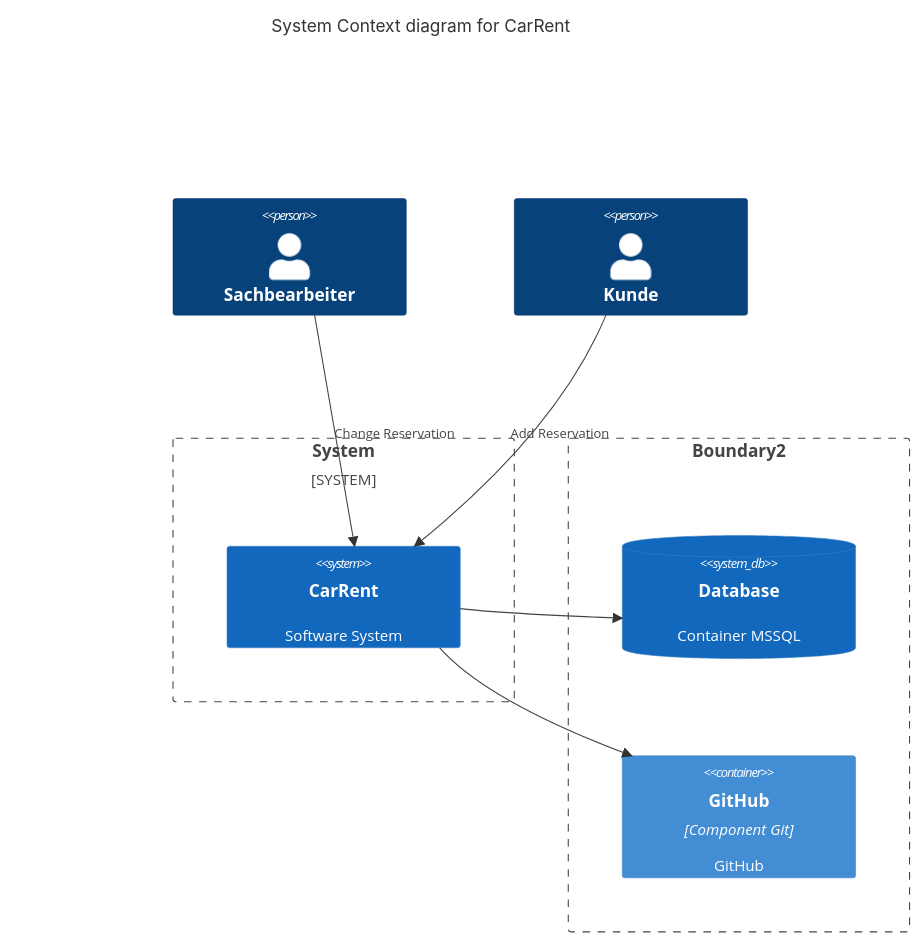
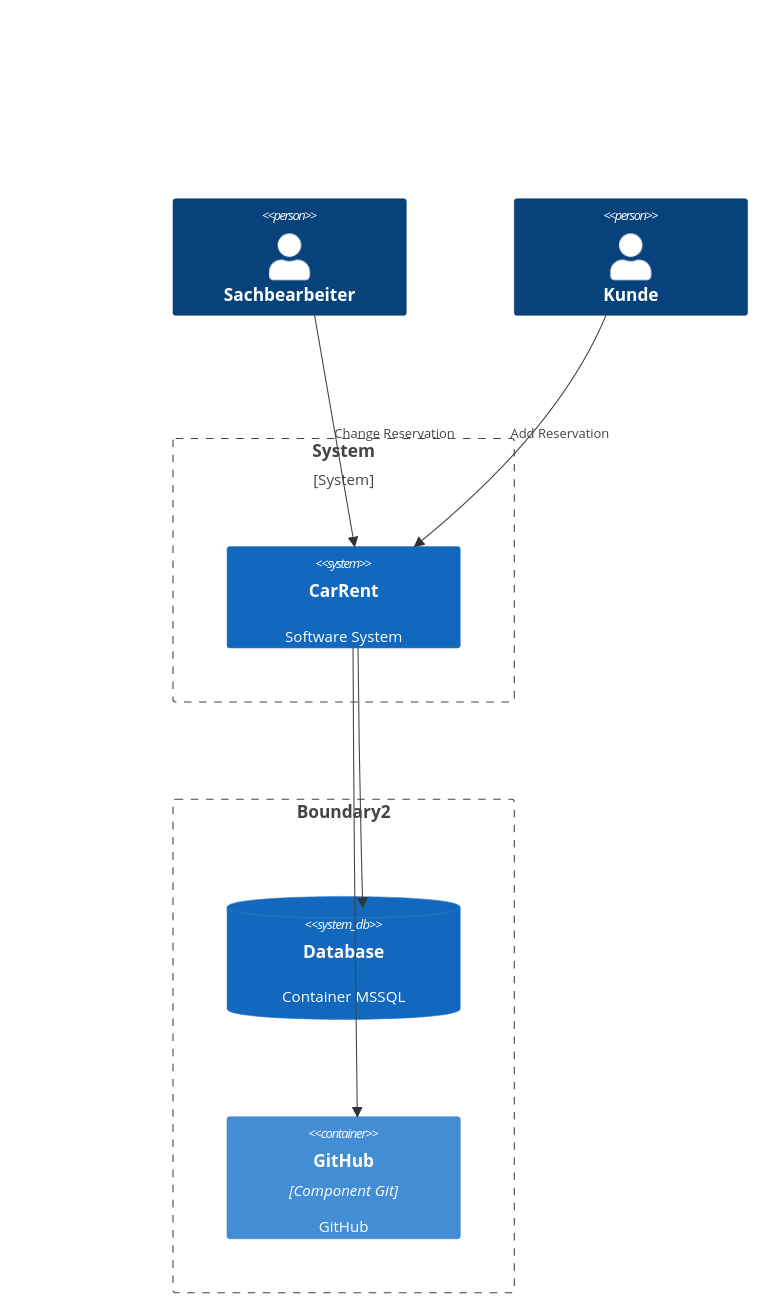
Before and after one commit to tsolenthaler/zbw-sad-carrent2124: the first of 2 diagrams in README.md, drawn with Mermaid. The commit also changed other lines of this file, not shown here.

Commit message:
fix boundary

````diff
--- a/README.md
+++ b/README.md
@@ -6,23 +6,21 @@
 ```mermaid
 C4Context
-    title System Context diagram for CarRent
-
     Person(Sachbearbeiter, "Sachbearbeiter")
      Person(Kunde, "Kunde")
 
-    System_Boundary(b1, "System", "") {
+    Boundary(b1, "System", "System") {
         System(CarRent, "CarRent", "Software System")
     }
 
     Boundary(b2, "Boundary2", "") {
         SystemDb(Database, "Database", "Container MSSQL")
         Container(github, "GitHub", "Component Git", "GitHub")
     }
 
     Rel(Sachbearbeiter, CarRent, "Change Reservation")
     Rel(Kunde, CarRent, "Add Reservation")
     Rel(CarRent, Database, "")
     Rel(CarRent, github, "")
 
-    UpdateLayoutConfig($c4ShapeInRow="2", $c4BoundaryInRow="2")
+    UpdateLayoutConfig($c4ShapeInRow="2", $c4BoundaryInRow="1")
 ```
````
